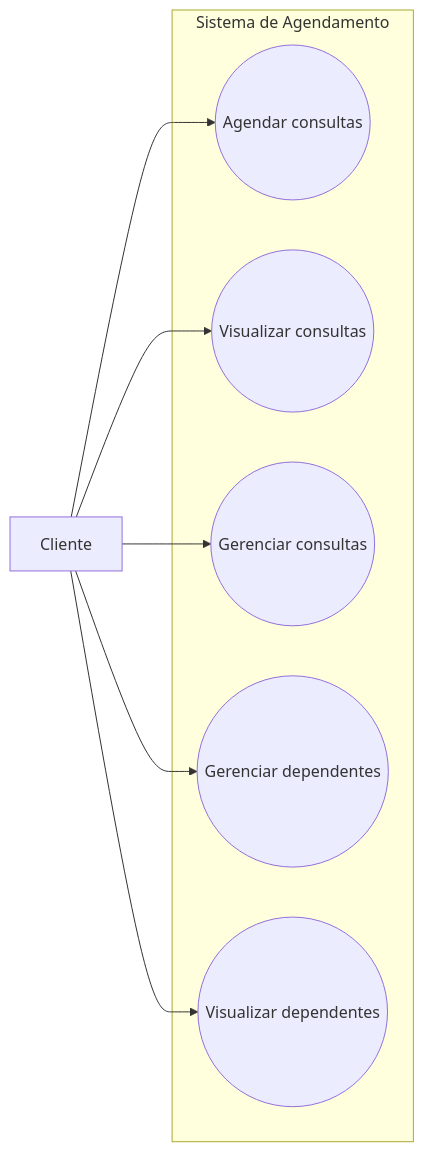
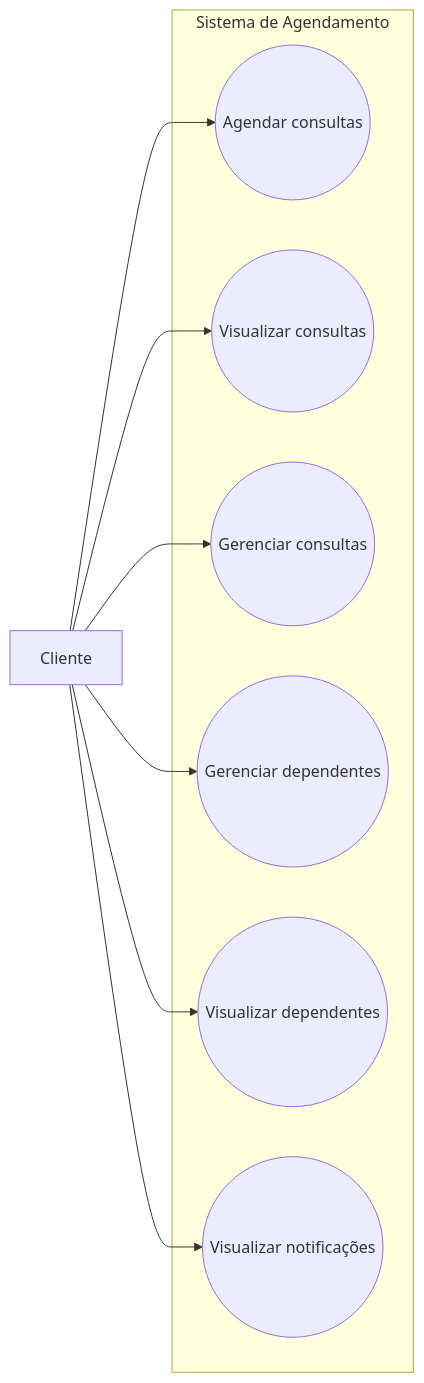
Before and after one commit to InsaneCaio/SICA: the diagram in docs/casos de uso/paciente.md, drawn with Mermaid. The commit also changed other lines of this file, not shown here.

Commit message:
Add 'Visualizar notificações' use case

````diff
--- a/docs/casos de uso/paciente.md
+++ b/docs/casos de uso/paciente.md
@@ -14,19 +15,21 @@
 ```mermaid
 flowchart LR
     P[Cliente]
 
     subgraph Sistema de Agendamento
         UC1((Agendar consultas))
         UC2((Visualizar consultas))
         UC3((Gerenciar consultas))
         UC4((Gerenciar dependentes))
         UC5((Visualizar dependentes))
+        UC6((Visualizar notificações))
     end
 
     P --> UC1
     P --> UC2
     P --> UC3
     P --> UC4
     P --> UC5
+    P --> UC6
 
 ```
````
